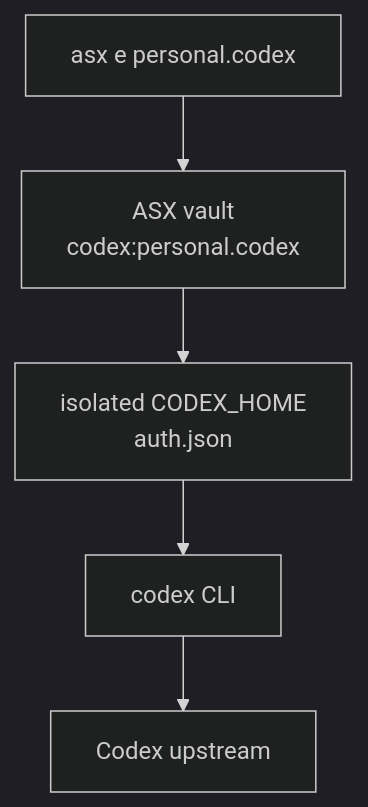
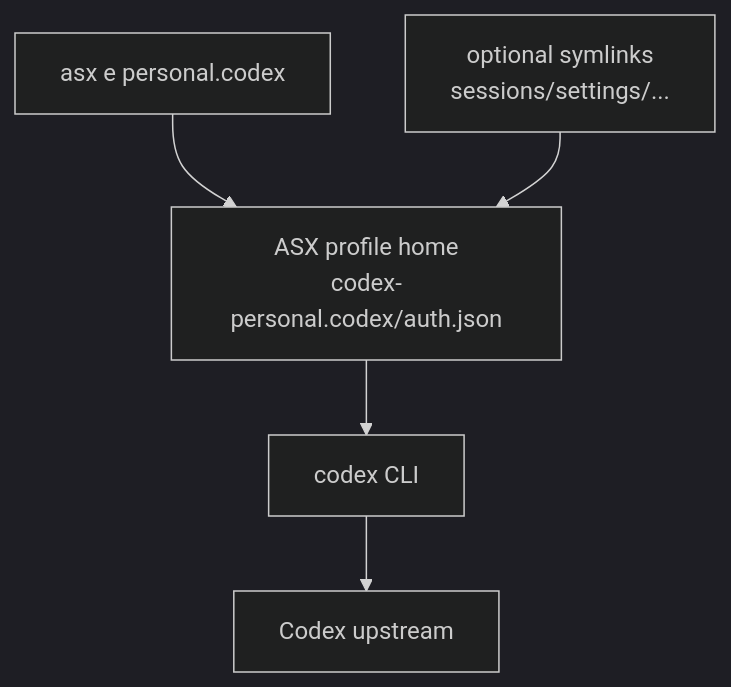
One commit to enif-lee/asx changed the sixth of 9 diagrams in ARCHITECTURE.md. Above: the diagram before and after it, drawn with Mermaid (dark theme). The commit also changed other lines of this file and 15 other files, not shown here.

````diff
--- a/ARCHITECTURE.md
+++ b/ARCHITECTURE.md
@@ -249,10 +257,12 @@
 ```mermaid
 flowchart TD
   Cmd["asx e personal.codex"]
-  Vault["ASX vault<br/>codex:personal.codex"]
-  Runtime["isolated CODEX_HOME<br/>auth.json"]
+  ProfileHome["ASX profile home<br/>codex-personal.codex/auth.json"]
+  Shared["optional symlinks<br/>sessions/settings/..."]
   Agent["codex CLI"]
   Upstream["Codex upstream"]
 
-  Cmd --> Vault --> Runtime --> Agent --> Upstream
+  Cmd --> ProfileHome
+  Shared --> ProfileHome
+  ProfileHome --> Agent --> Upstream
 ```
````
